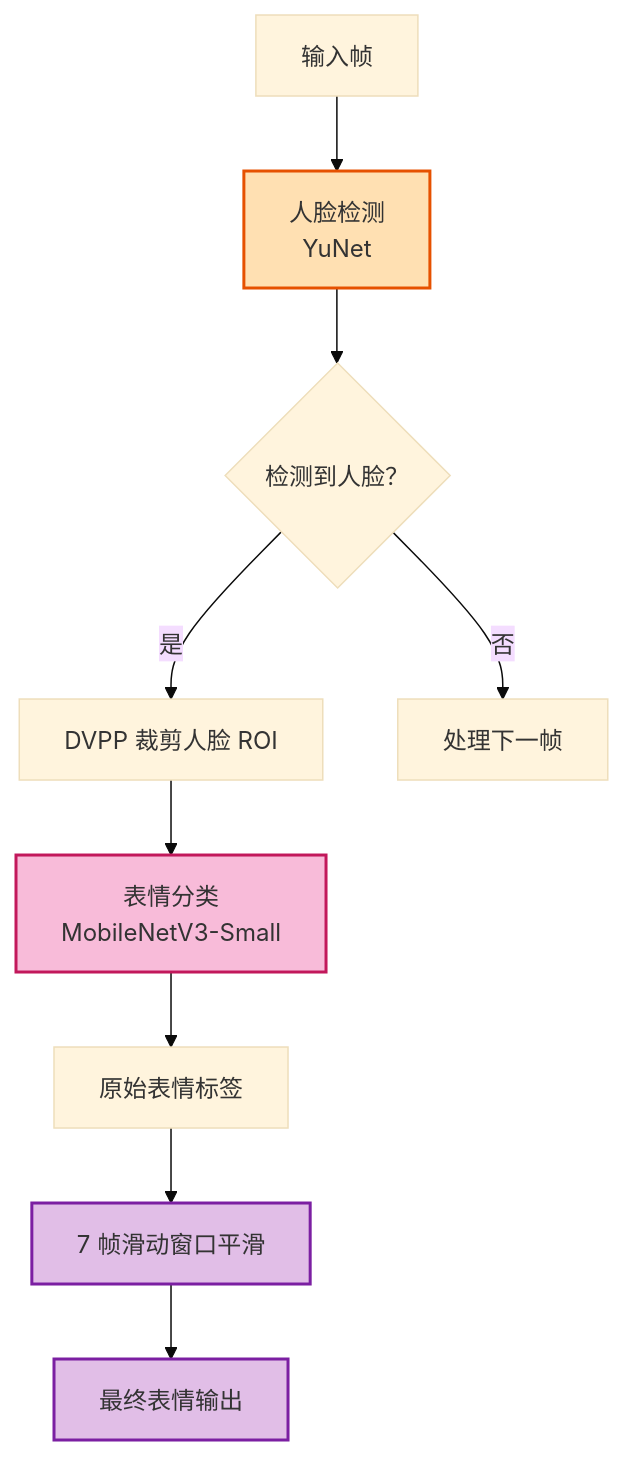
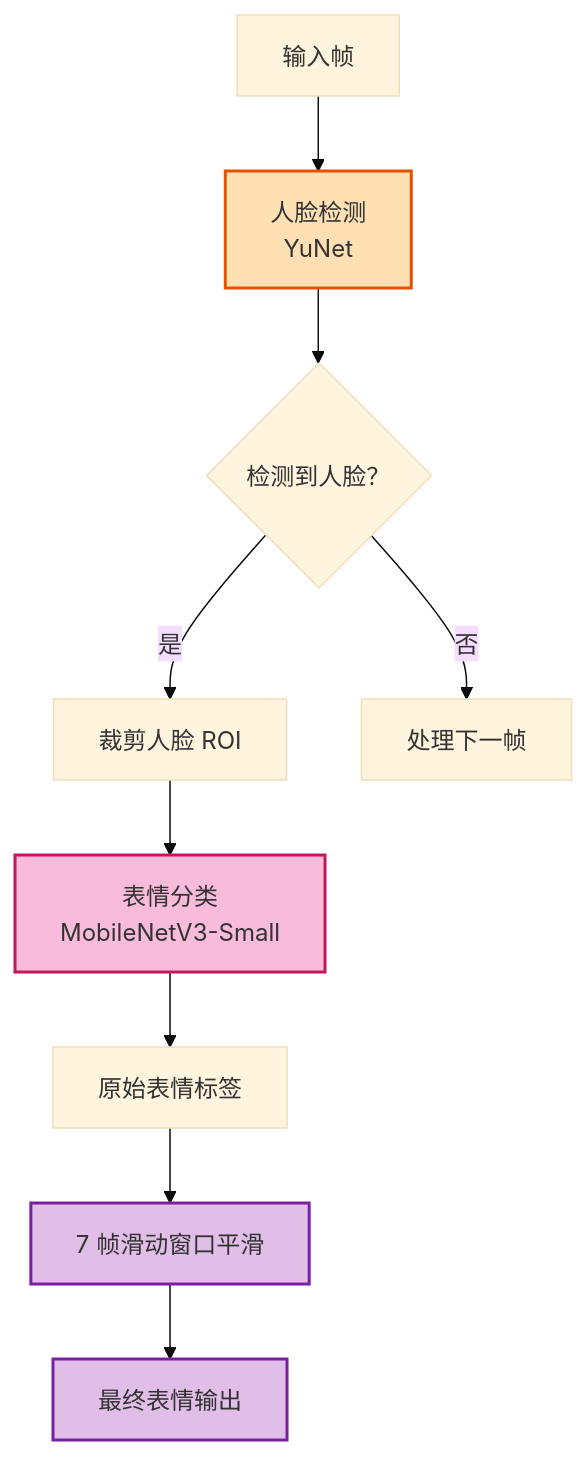
One commit to wanone111/ciciec_ascend changed the fifth of 10 diagrams in docs/智能视觉交互系统报告.md. Above: the diagram before and after it, drawn with Mermaid (base theme). The commit also changed other lines of this file and 2 other files, not shown here.

````diff
--- a/docs/智能视觉交互系统报告.md
+++ b/docs/智能视觉交互系统报告.md
@@ -332,19 +332,19 @@
 ```mermaid
 flowchart TD
     Input[输入帧] --> FaceDet[人脸检测<br>YuNet]
     FaceDet --> FaceROI{检测到人脸？}
-    FaceROI -->|是 | DVPP_Crop[DVPP 裁剪人脸 ROI]
+    FaceROI -->|是 | FaceCrop[裁剪人脸 ROI]
     FaceROI -->|否 | NextFrame[处理下一帧]
-    DVPP_Crop --> ExpClass[表情分类<br>MobileNetV3-Small]
+    FaceCrop --> ExpClass[表情分类<br>MobileNetV3-Small]
     ExpClass --> RawExp[原始表情标签]
     RawExp --> Smooth[7 帧滑动窗口平滑]
     Smooth --> FinalExp[最终表情输出]
     
     classDef detect fill:#ffe0b2,stroke:#e65100,stroke-width:2px;
     classDef classify fill:#f8bbd9,stroke:#c2185b,stroke-width:2px;
     classDef process fill:#e1bee7,stroke:#7b1fa2,stroke-width:2px;
     
     class FaceDet detect;
     class ExpClass classify;
     class Smooth,FinalExp process;
 ```
````
